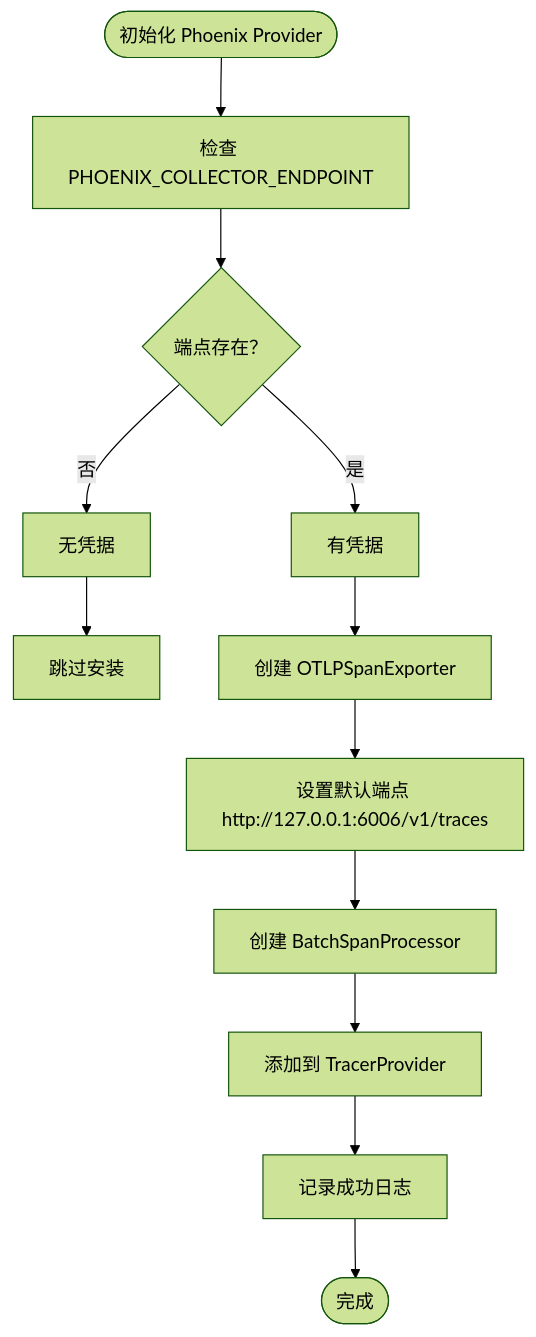
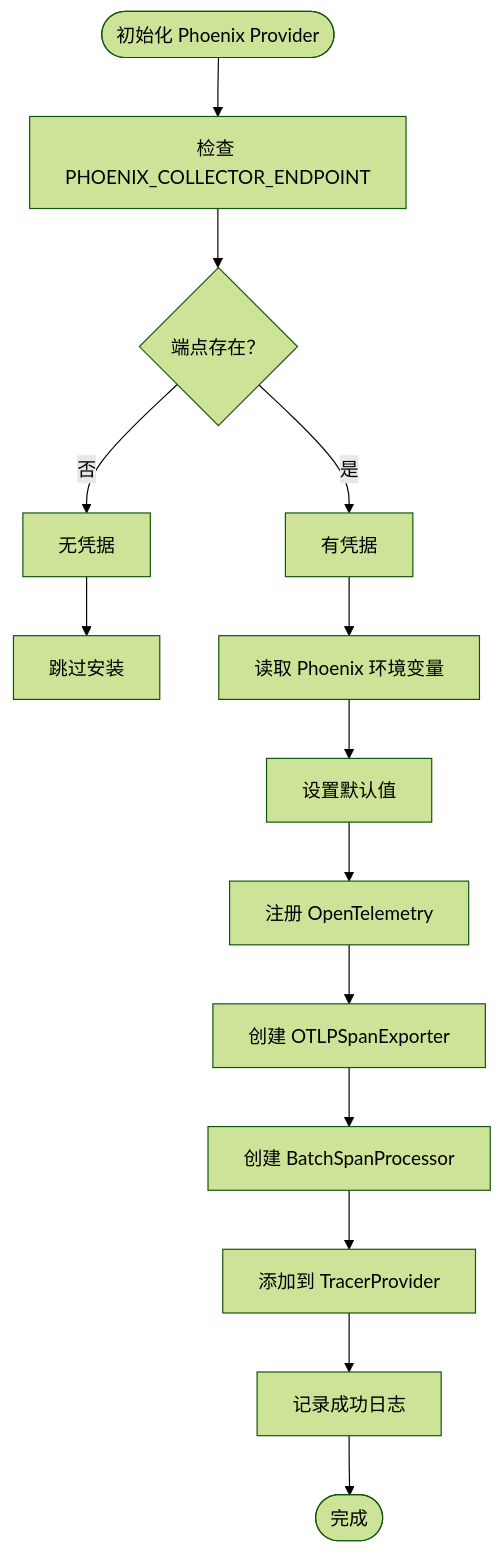
The eighth of 11 diagrams in repowiki/zh/content/核心框架/多 Provider 支持.md (YU-JI-KUI/ark-agentic), drawn with Mermaid (forest theme) before and after one commit. The commit also changed other lines of this file and 6 other files, not shown here.

````diff
--- a/repowiki/zh/content/核心框架/多 Provider 支持.md
+++ b/repowiki/zh/content/核心框架/多 Provider 支持.md
@@ -284,14 +284,16 @@
 ```mermaid
 flowchart TD
 Start([初始化 Phoenix Provider]) --> CheckEndpoint["检查 PHOENIX_COLLECTOR_ENDPOINT"]
 CheckEndpoint --> EndpointExists{"端点存在？"}
 EndpointExists --> |否| NoCreds["无凭据"]
 EndpointExists --> |是| HasCreds["有凭据"]
 NoCreds --> SkipInstall["跳过安装"]
-HasCreds --> CreateExporter["创建 OTLPSpanExporter"]
-CreateExporter --> SetDefaultEndpoint["设置默认端点 http://127.0.0.1:6006/v1/traces"]
-SetDefaultEndpoint --> CreateProcessor["创建 BatchSpanProcessor"]
+HasCreds --> ReadEnv["读取 Phoenix 环境变量"]
+ReadEnv --> SetDefaults["设置默认值"]
+SetDefaults --> RegisterOTEL["注册 OpenTelemetry"]
+RegisterOTEL --> CreateExporter["创建 OTLPSpanExporter"]
+CreateExporter --> CreateProcessor["创建 BatchSpanProcessor"]
 CreateProcessor --> AddToTP["添加到 TracerProvider"]
 AddToTP --> LogSuccess["记录成功日志"]
 LogSuccess --> End([完成])
 ```
````
